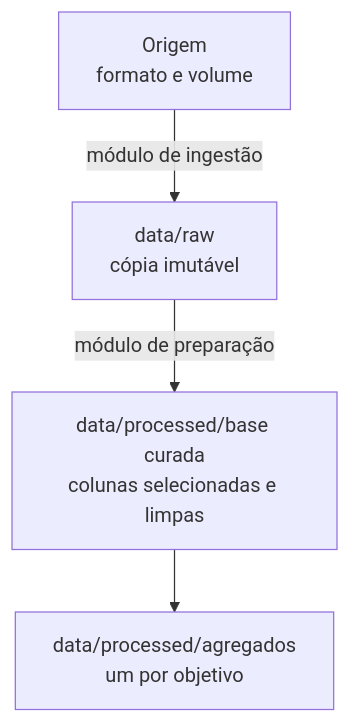
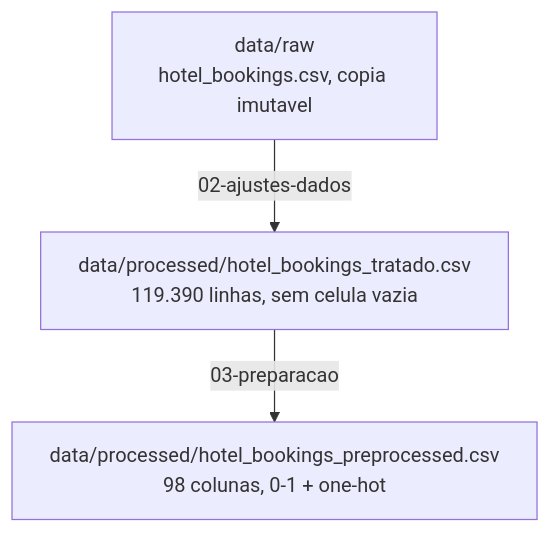
Before and after one commit to PauloEverton05/Turismo-e-hotelaria: the diagram in docs/preparacao.md, drawn with Mermaid. The commit also changed other lines of this file and 15 other files, not shown here.

````diff
--- a/docs/preparacao.md
+++ b/docs/preparacao.md
@@ -26,7 +9,6 @@
 ```mermaid
 flowchart TD
-    A["Origem<br/>formato e volume"] -->|"módulo de ingestão"| B
-    B["data/raw<br/>cópia imutável"] -->|"módulo de preparação"| C
-    C["data/processed/base curada<br/>colunas selecionadas e limpas"] --> D
-    D["data/processed/agregados<br/>um por objetivo"]
+    A["data/raw<br/>hotel_bookings.csv, copia imutavel"] -->|"02-ajustes-dados"| B
+    B["data/processed/hotel_bookings_tratado.csv<br/>119.390 linhas, sem celula vazia"] -->|"03-preparacao"| C
+    C["data/processed/hotel_bookings_preprocessed.csv<br/>98 colunas, 0-1 + one-hot"]
 ```
````
